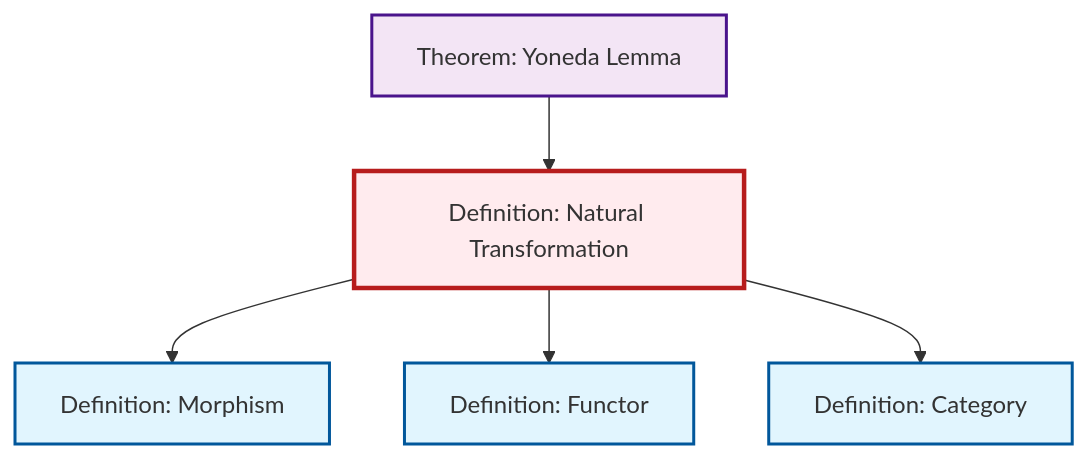
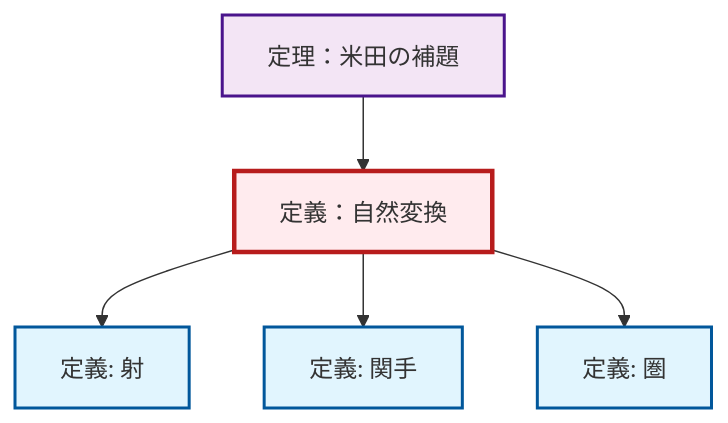
Before and after one commit to RK0429/ModernMath: the diagram in content/ja/category-theory/def-natural-transformation.qmd, drawn with Mermaid. The commit also changed 1069 other files, not shown here.

````diff
--- a/content/ja/category-theory/def-natural-transformation.qmd
+++ b/content/ja/category-theory/def-natural-transformation.qmd
@@ -60,23 +60,23 @@
 ```{mermaid}
 %%| fig-cap: "Local dependency graph"
 graph TD
     classDef definition fill:#e1f5fe,stroke:#01579b,stroke-width:2px
     classDef theorem fill:#f3e5f5,stroke:#4a148c,stroke-width:2px
     classDef axiom fill:#fff3e0,stroke:#e65100,stroke-width:2px
     classDef example fill:#e8f5e9,stroke:#1b5e20,stroke-width:2px
     classDef current fill:#ffebee,stroke:#b71c1c,stroke-width:3px
-    def-functor["Definition: Functor"]:::definition
-    def-natural-transformation["Definition: Natural Transformation"]:::definition
-    def-category["Definition: Category"]:::definition
-    def-morphism["Definition: Morphism"]:::definition
-    thm-yoneda["Theorem: Yoneda Lemma"]:::theorem
+    def-category["定義: 圏"]:::definition
+    thm-yoneda["定理：米田の補題"]:::theorem
+    def-natural-transformation["定義：自然変換"]:::definition
+    def-morphism["定義: 射"]:::definition
+    def-functor["定義: 関手"]:::definition
+    thm-yoneda --> def-natural-transformation
     def-natural-transformation --> def-morphism
     def-natural-transformation --> def-functor
     def-natural-transformation --> def-category
-    thm-yoneda --> def-natural-transformation
     class def-natural-transformation current
-    click def-functor "def-functor.html" "Definition: Functorへ"
-    click def-category "def-category.html" "Definition: Categoryへ"
-    click def-morphism "def-morphism.html" "Definition: Morphismへ"
-    click thm-yoneda "thm-yoneda.html" "Theorem: Yoneda Lemmaへ"
+    click def-category "def-category.html" "圏の定義へ"
+    click thm-yoneda "thm-yoneda.html" "定理：米田の補題へ"
+    click def-morphism "def-morphism.html" "射の定義へ"
+    click def-functor "def-functor.html" "関手の定義へ"
 ```
````
